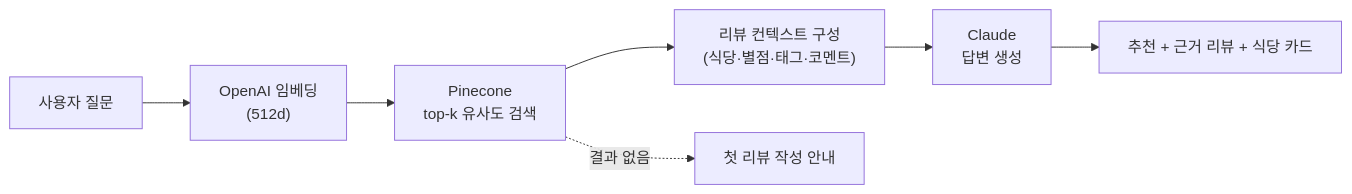
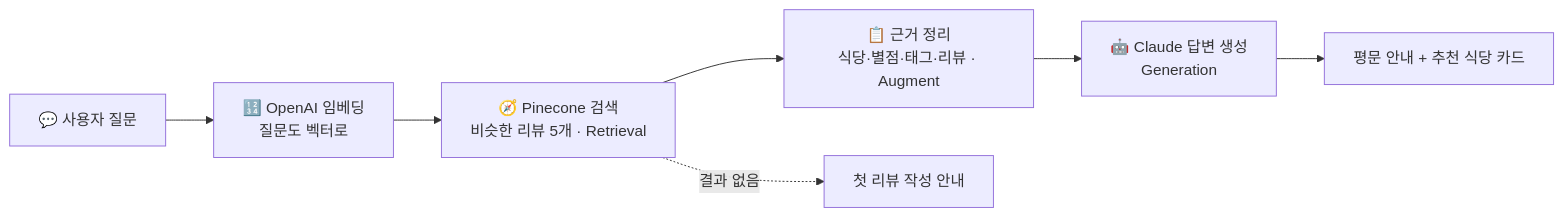
One commit to hanulkimm/biz-lunch-lab changed the third of 6 diagrams in README.md. Above: the diagram before and after it, drawn with Mermaid. The commit also changed other lines of this file, not shown here.

````diff
--- a/README.md
+++ b/README.md
@@ -78,9 +96,9 @@
 ```mermaid
 flowchart LR
-    Q["사용자 질문"] --> E["OpenAI 임베딩<br/>(512d)"]
-    E --> P["Pinecone<br/>top-k 유사도 검색"]
-    P --> CTX["리뷰 컨텍스트 구성<br/>(식당·별점·태그·코멘트)"]
-    CTX --> CL["Claude<br/>답변 생성"]
-    CL --> R["추천 + 근거 리뷰 + 식당 카드"]
+    Q["💬 사용자 질문"] --> E["🔢 OpenAI 임베딩<br/>질문도 벡터로"]
+    E --> P["🧭 Pinecone 검색<br/>비슷한 리뷰 5개 · Retrieval"]
+    P --> CTX["📋 근거 정리<br/>식당·별점·태그·리뷰 · Augment"]
+    CTX --> CL["🤖 Claude 답변 생성<br/>Generation"]
+    CL --> R["평문 안내 + 추천 식당 카드"]
     P -. 결과 없음 .-> N["첫 리뷰 작성 안내"]
 ```
````
